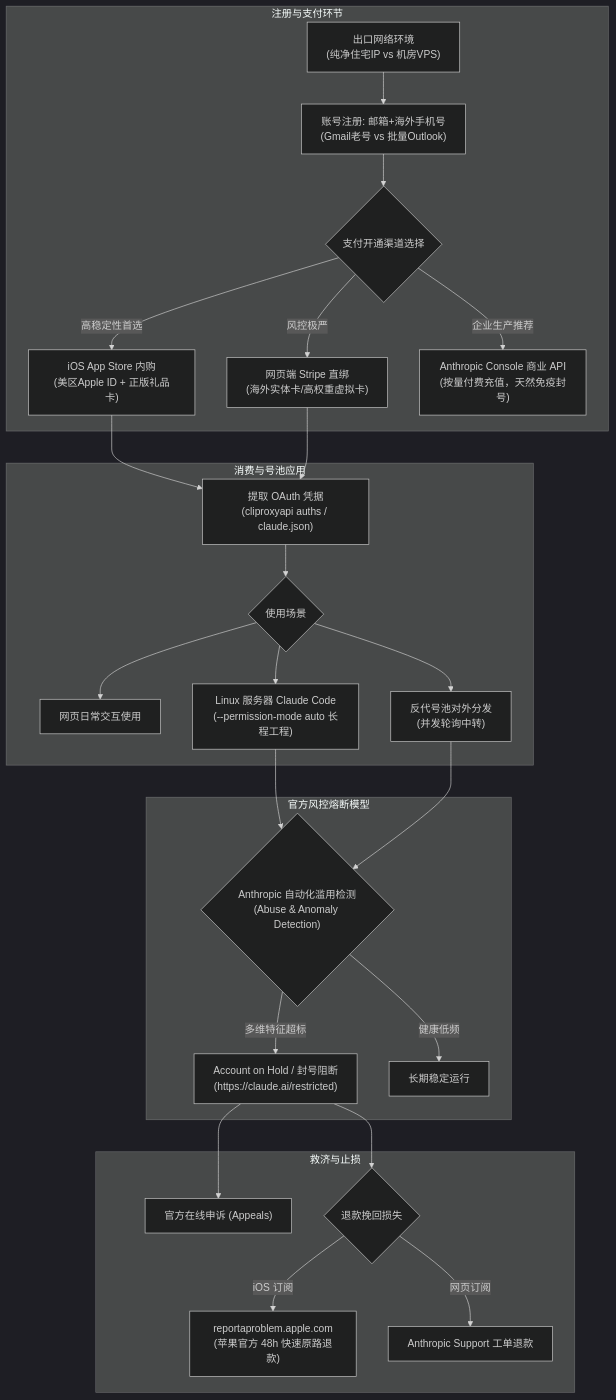
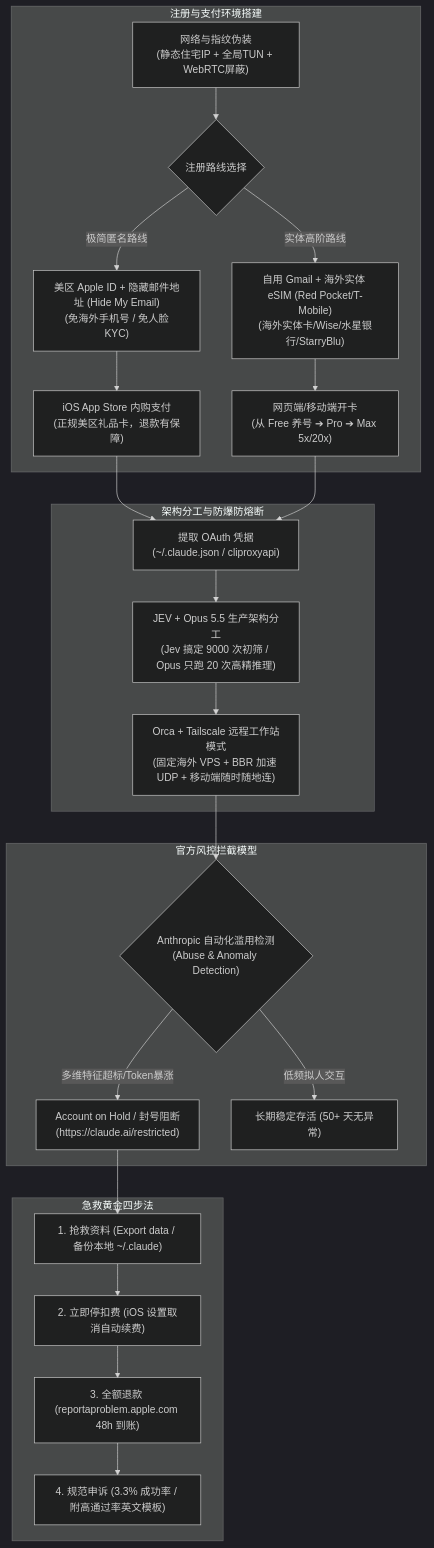
One commit to ponyletter/py310sphinx_knowledge changed the first of 3 diagrams in docs/source/courses/ai_reverse_proxy_and_account_pool/stage2_official_purchase_and_avoid_pitfalls/04_claude_pro_registration_payment_ban_rules_and_refund_guide.md. Above: the diagram before and after it, drawn with Mermaid (dark theme). The commit also changed other lines of this file, not shown here.

Commit message:
docs(account_pool): enrich Claude anti-ban guide with Orca/Tailscale, JEV+Opus architecture, 3.3% appeal stats, and Apple refund SOP

````diff
--- a/docs/source/courses/ai_reverse_proxy_and_account_pool/stage2_official_purchase_and_avoid_pitfalls/04_claude_pro_registration_payment_ban_rules_and_refund_guide.md
+++ b/docs/source/courses/ai_reverse_proxy_and_account_pool/stage2_official_purchase_and_avoid_pitfalls/04_claude_pro_registration_payment_ban_rules_and_refund_guide.md
@@ -14,31 +14,30 @@
 ```mermaid
 flowchart TD
-    subgraph 注册与支付环节
-        IP["出口网络环境<br/>(纯净住宅IP vs 机房VPS)"] --> Reg["账号注册: 邮箱+海外手机号<br/>(Gmail老号 vs 批量Outlook)"]
-        Reg --> PayMode{"支付开通渠道选择"}
-        PayMode -->|高稳定性首选| ApplePay["iOS App Store 内购<br/>(美区Apple ID + 正版礼品卡)"]
-        PayMode -->|风控极严| StripePay["网页端 Stripe 直绑<br/>(海外实体卡/高权重虚拟卡)"]
-        PayMode -->|企业生产推荐| ApiConsole["Anthropic Console 商业 API<br/>(按量付费充值，天然免疫封号)"]
+    subgraph 注册与支付环境搭建
+        Net["网络与指纹伪装<br/>(静态住宅IP + 全局TUN + WebRTC屏蔽)"] --> RegMode{"注册路线选择"}
+        RegMode -->|极简匿名路线| AppleHide["美区 Apple ID + 隐藏邮件地址 (Hide My Email)<br/>(免海外手机号 / 免人脸KYC)"]
+        RegMode -->|实体高阶路线| RealSim["自用 Gmail + 海外实体 eSIM (Red Pocket/T-Mobile)<br/>(海外实体卡/Wise/水星银行/StarryBlu)"]
+        
+        AppleHide --> IosPay["iOS App Store 内购支付<br/>(正规美区礼品卡，退款有保障)"]
+        RealSim --> StripePay["网页端/移动端开卡<br/>(从 Free 养号 ➔ Pro ➔ Max 5x/20x)"]
     end
 
-    subgraph 消费与号池应用
-        ApplePay & StripePay --> ProAuth["提取 OAuth 凭据<br/>(cliproxyapi auths / claude.json)"]
-        ProAuth --> UseMode{"使用场景"}
-        UseMode --> WebUse["网页日常交互使用"]
-        UseMode --> CliUse["Linux 服务器 Claude Code<br/>(--permission-mode auto 长程工程)"]
-        UseMode --> PoolUse["反代号池对外分发<br/>(并发轮询中转)"]
+    subgraph 架构分工与防爆防熔断
+        IosPay & StripePay --> ProAuth["提取 OAuth 凭据<br/>(~/.claude.json / cliproxyapi)"]
+        ProAuth --> Arch["JEV + Opus 5.5 生产架构分工<br/>(Jev 搞定 9000 次初筛 / Opus 只跑 20 次高精推理)"]
+        Arch --> WorkStation["Orca + Tailscale 远程工作站模式<br/>(固定海外 VPS + BBR 加速 UDP + 移动端随时随地连)"]
     end
 
-    subgraph 官方风控熔断模型
-        CliUse & PoolUse --> RiskModel{"Anthropic 自动化滥用检测<br/>(Abuse & Anomaly Detection)"}
-        RiskModel -->|多维特征超标| Hold["Account on Hold / 封号阻断<br/>(https://claude.ai/restricted)"]
-        RiskModel -->|健康低频| Stable["长期稳定运行"]
+    subgraph 官方风控拦截模型
+        WorkStation --> RiskModel{"Anthropic 自动化滥用检测<br/>(Abuse & Anomaly Detection)"}
+        RiskModel -->|多维特征超标/Token暴涨| Hold["Account on Hold / 封号阻断<br/>(https://claude.ai/restricted)"]
+        RiskModel -->|低频拟人交互| Stable["长期稳定存活 (50+ 天无异常)"]
     end
 
-    subgraph 救济与止损
-        Hold --> Appeal["官方在线申诉 (Appeals)"]
-        Hold --> Refund{"退款挽回损失"}
-        Refund -->|iOS 订阅| AppleRefund["reportaproblem.apple.com<br/>(苹果官方 48h 快速原路退款)"]
-        Refund -->|网页订阅| StripeRefund["Anthropic Support 工单退款"]
+    subgraph 急救黄金四步法
+        Hold --> S1["1. 抢救资料 (Export data / 备份本地 ~/.claude)"]
+        S1 --> S2["2. 立即停扣费 (iOS 设置取消自动续费)"]
+        S2 --> S3["3. 全额退款 (reportaproblem.apple.com 48h 到账)"]
+        S3 --> S4["4. 规范申诉 (3.3% 成功率 / 附高通过率英文模板)"]
     end
 ```
````
